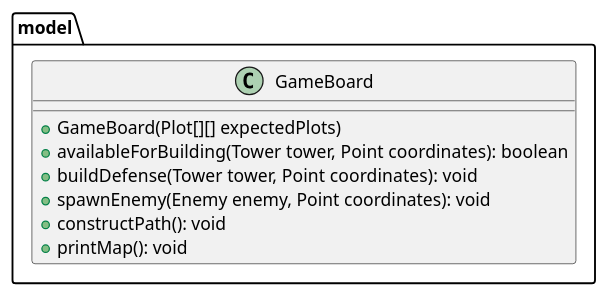
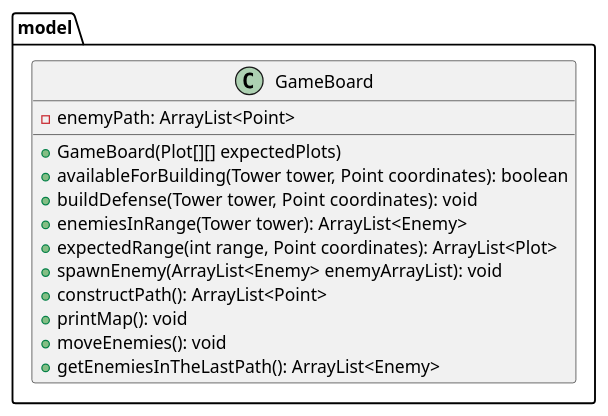
Before and after one commit to alejandrodelcs/algo3_tp2: the diagram in diagrams/classes/algoDefense/model/gameboard/GameBoard.puml, drawn with PlantUML. The commit also changed 25 other files, not shown here.

First line of the commit message:
UML: finished all diagrams

```diff
--- a/diagrams/classes/algoDefense/model/gameboard/GameBoard.puml
+++ b/diagrams/classes/algoDefense/model/gameboard/GameBoard.puml
@@ -1,15 +1,20 @@
 @startuml
 'https://plantuml.com/class-diagram
-'TODO: GambeBoard has Plot[][], ArrayList<Point> and ArrayList<Plot> all private
+'TODO: GambeBoard has ArrayList<Point> and ArrayList<Plot> all private
 package model {
     class GameBoard {
+        - enemyPath: ArrayList<Point>
         + GameBoard(Plot[][] expectedPlots)
         + availableForBuilding(Tower tower, Point coordinates): boolean
         + buildDefense(Tower tower, Point coordinates): void
-        + spawnEnemy(Enemy enemy, Point coordinates): void
-        + constructPath(): void
+        + enemiesInRange(Tower tower): ArrayList<Enemy>
+        + expectedRange(int range, Point coordinates): ArrayList<Plot>
+        + spawnEnemy(ArrayList<Enemy> enemyArrayList): void
+        + constructPath(): ArrayList<Point>
         + printMap(): void
+        + moveEnemies(): void
+        + getEnemiesInTheLastPath(): ArrayList<Enemy>
     }
 }
 
 @enduml
```
